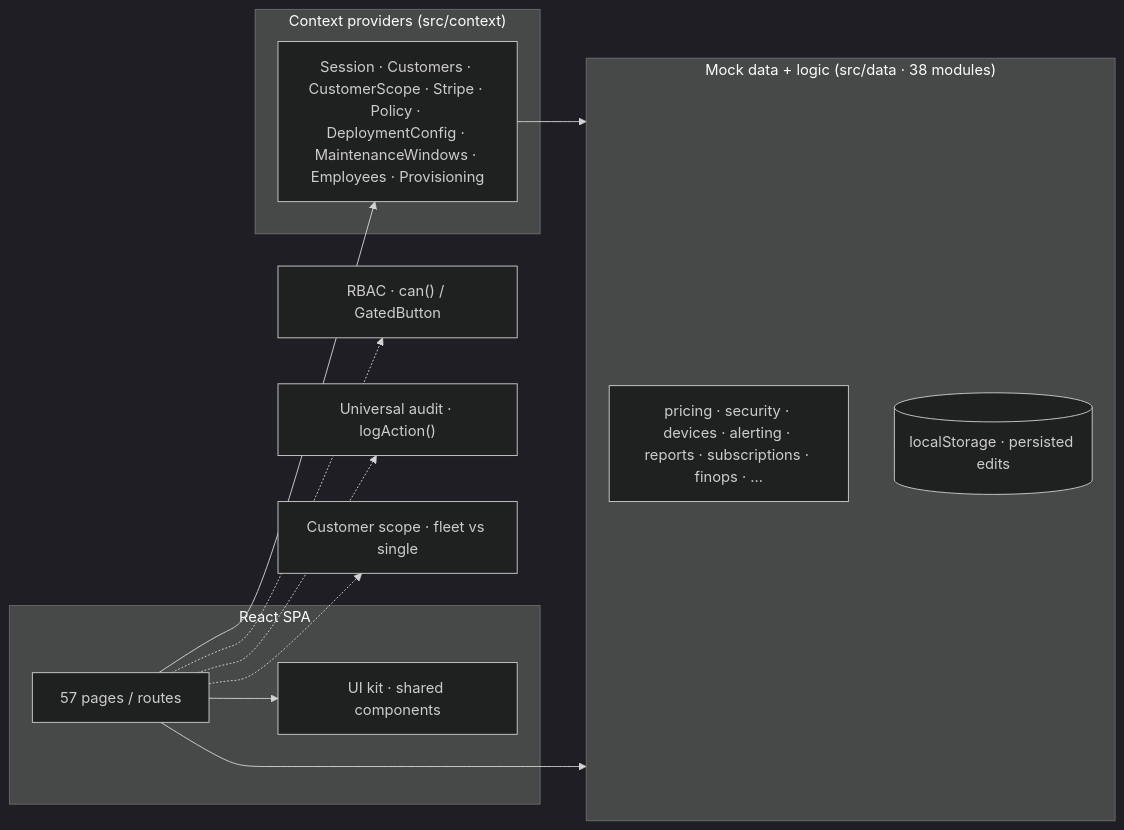
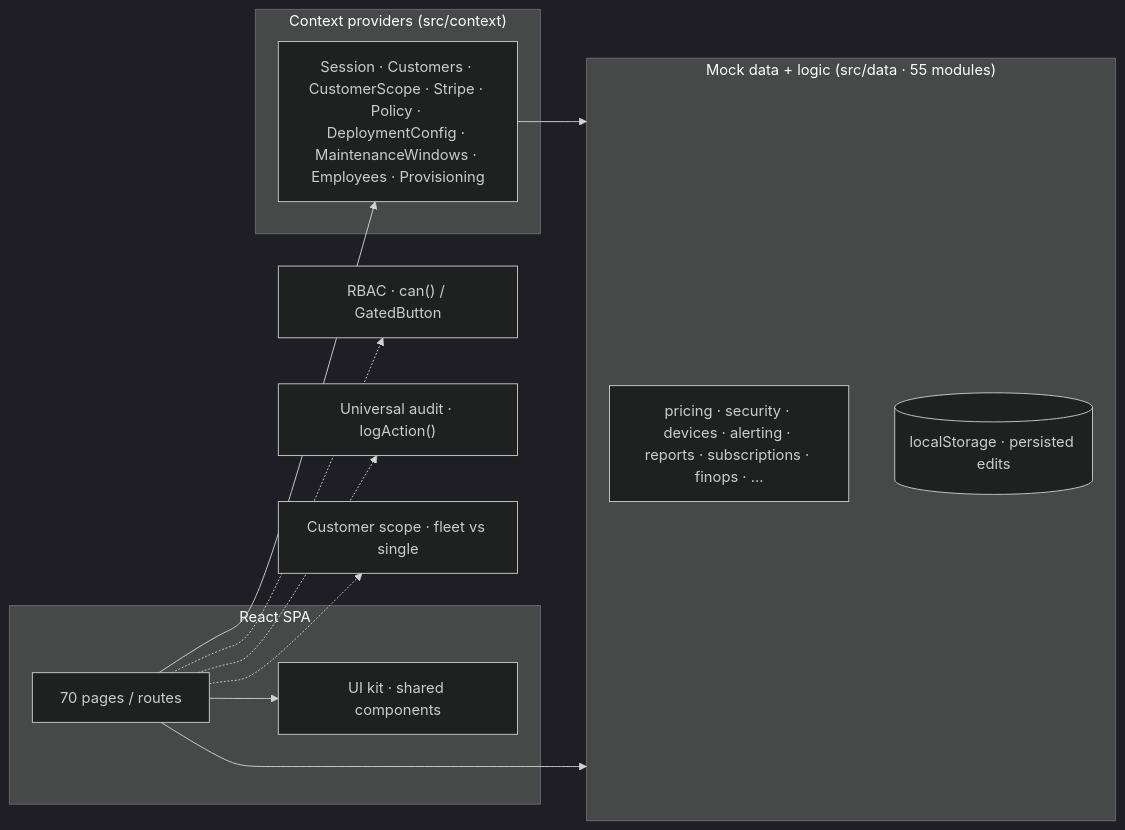
The diagram in README.md (jantikadjian-crypto/plcy_admin_console), drawn with Mermaid (dark theme) before and after one commit. The commit also changed other lines of this file, not shown here.

````diff
--- a/README.md
+++ b/README.md
@@ -49,26 +61,26 @@
 ```mermaid
 flowchart LR
   subgraph UI["React SPA"]
-    Pages["57 pages / routes"]
+    Pages["70 pages / routes"]
     Kit["UI kit · shared components"]
   end
   subgraph State["Context providers (src/context)"]
     Ctx["Session · Customers · CustomerScope · Stripe · Policy · DeploymentConfig · MaintenanceWindows · Employees · Provisioning"]
   end
-  subgraph Data["Mock data + logic (src/data · 38 modules)"]
+  subgraph Data["Mock data + logic (src/data · 55 modules)"]
     D["pricing · security · devices · alerting · reports · subscriptions · finops · …"]
     LS[("localStorage · persisted edits")]
   end
   RBAC["RBAC · can() / GatedButton"]
   AuditL["Universal audit · logAction()"]
   Scope["Customer scope · fleet vs single"]
 
   Pages --> Kit
   Pages --> Ctx
   Ctx --> Data
   Pages --> Data
   Data <--> LS
   Pages -.-> RBAC
   Pages -.-> AuditL
   Pages -.-> Scope
 ```
````
